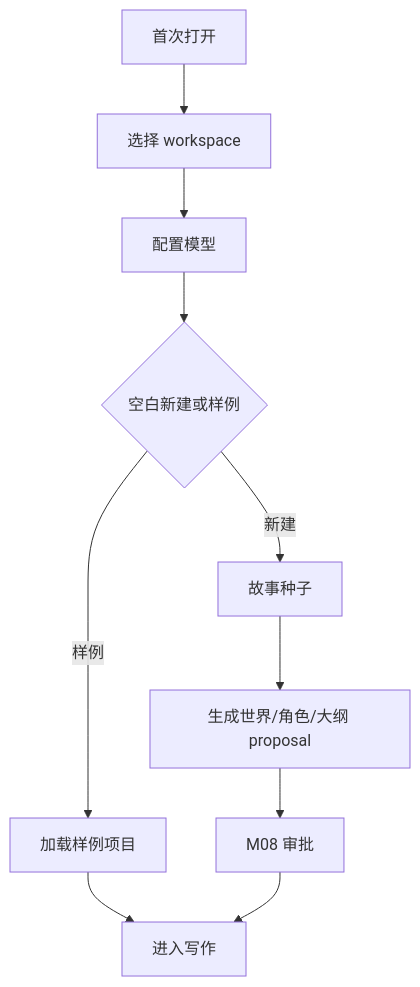
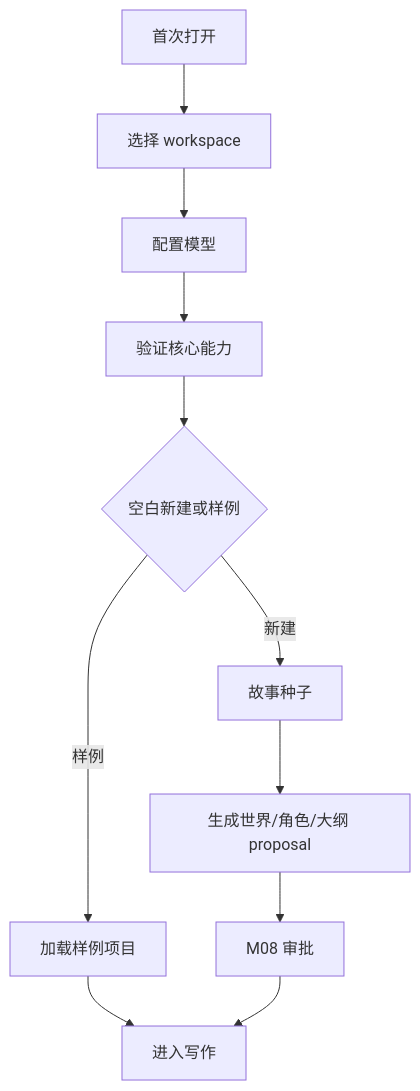
The diagram in spec/M15-onboarding-and-new-book.md (jinhuang712/open-novel), drawn with Mermaid before and after one commit. The commit also changed other lines of this file and 10 other files, not shown here.

````diff
--- a/spec/M15-onboarding-and-new-book.md
+++ b/spec/M15-onboarding-and-new-book.md
@@ -7,12 +7,13 @@
 ```mermaid
 flowchart TD
   Start[首次打开] --> Workspace[选择 workspace]
   Workspace --> Model[配置模型]
-  Model --> Project{空白新建或样例}
+  Model --> Verify[验证核心能力]
+  Verify --> Project{空白新建或样例}
   Project -->|新建| Seed[故事种子]
   Seed --> World[生成世界/角色/大纲 proposal]
   Project -->|样例| Sample[加载样例项目]
   World --> Approval[M08 审批]
   Sample --> Ready[进入写作]
   Approval --> Ready
 ```
````
